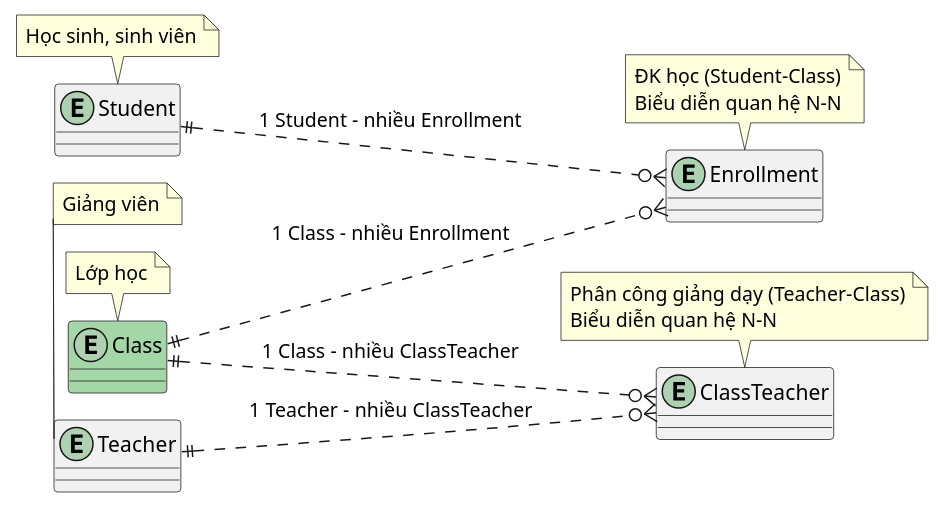
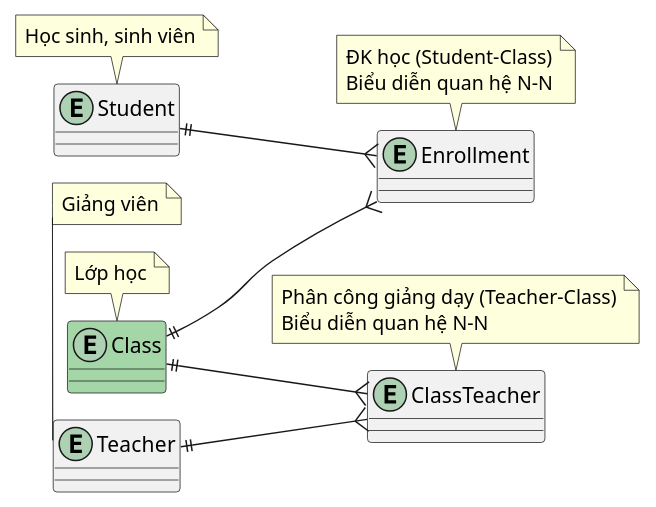
One commit to alvinnguyen9820-prog/TestPUML changed the diagram in 2.erd.puml. Above: the diagram before and after it, drawn with PlantUML. The commit also changed 38 other files, not shown here.

```diff
--- a/2.erd.puml
+++ b/2.erd.puml
@@ -1,34 +1,33 @@
 @startuml erd
 !pragma layout smetana
 left to right direction
 entity Class #A5D6A7
 entity Student
 entity Teacher
 entity Enrollment
 entity ClassTeacher
 
 note top of Class
   Lớp học
 end note
 note top of Student
   Học sinh, sinh viên
 end note
 note top of Teacher
   Giảng viên
 end note
 note top of Enrollment
   ĐK học (Student–Class)
   Biểu diễn quan hệ N–N
 end note
 note top of ClassTeacher
   Phân công giảng dạy (Teacher–Class)
   Biểu diễn quan hệ N–N
 end note
 
-Class     ||..o{ Enrollment : "1 Class – nhiều Enrollment"
-Student   ||..o{ Enrollment : "1 Student – nhiều Enrollment"
-
-Class     ||..o{ ClassTeacher : "1 Class – nhiều ClassTeacher"
-Teacher   ||..o{ ClassTeacher : "1 Teacher – nhiều ClassTeacher" 
+Class     ||--{ Enrollment 
+Student   ||--{ Enrollment 
+Class     ||--{ ClassTeacher 
+Teacher   ||--{ ClassTeacher  
 
 @enduml
```
